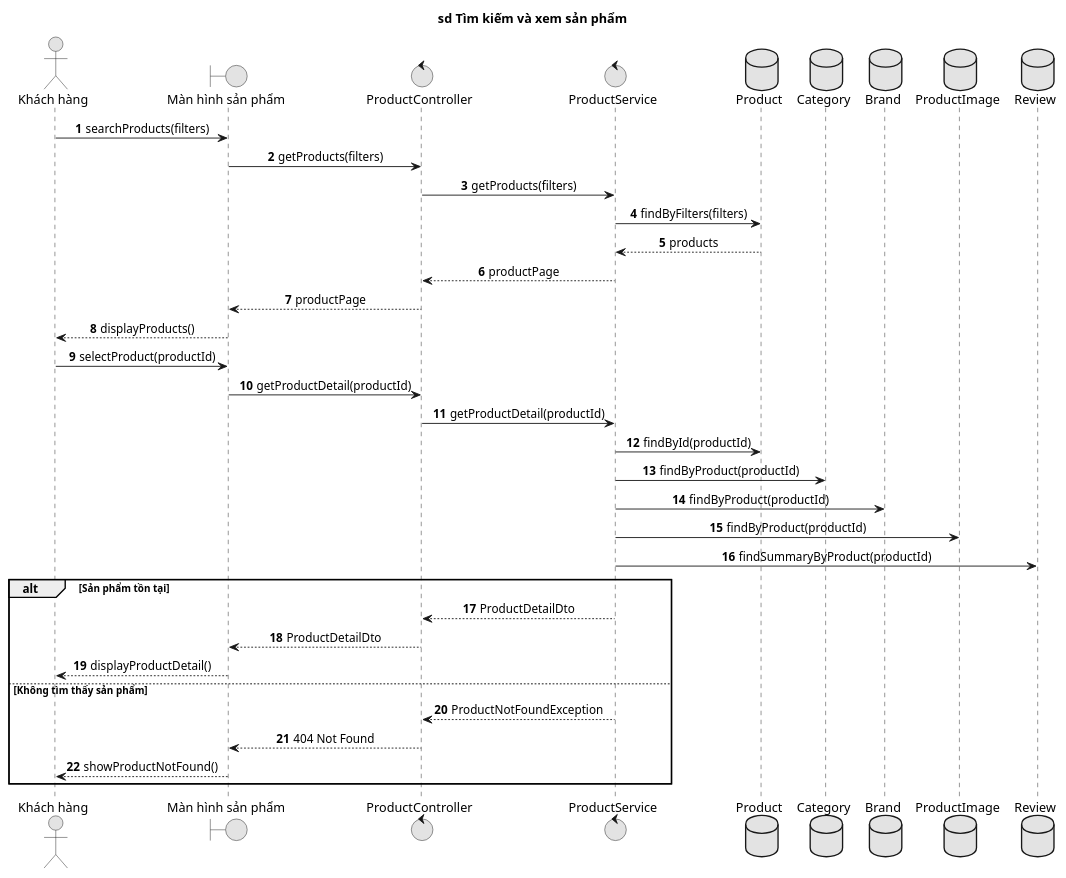
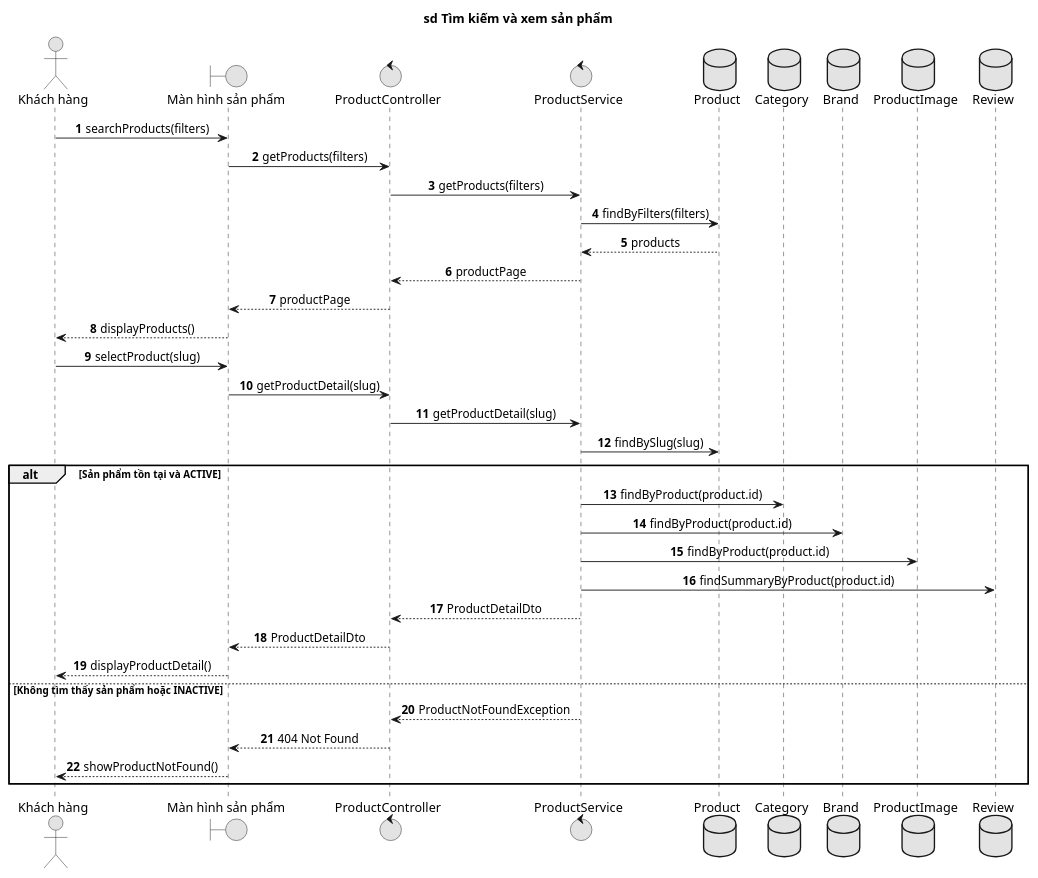
Before and after one commit to DuyPhan11/tech-store: the diagram in docs/diagrams/sequence/UC04-UC05-browse-product-details.puml, drawn with PlantUML. The commit also changed 22 other files, not shown here.

Commit message:
feat(products): implement product listing (#4)

```diff
--- a/docs/diagrams/sequence/UC04-UC05-browse-product-details.puml
+++ b/docs/diagrams/sequence/UC04-UC05-browse-product-details.puml
@@ -1,44 +1,44 @@
 @startuml
 title sd Tìm kiếm và xem sản phẩm
 autonumber
 skinparam monochrome true
 skinparam shadowing false
 skinparam sequenceMessageAlign center
 
 actor "Khách hàng" as Customer
 boundary "Màn hình sản phẩm" as Screen
 control "ProductController" as Controller
 control "ProductService" as Service
 database "Product" as Products
 database "Category" as Categories
 database "Brand" as Brands
 database "ProductImage" as Images
 database "Review" as Reviews
 
 Customer -> Screen: searchProducts(filters)
 Screen -> Controller: getProducts(filters)
 Controller -> Service: getProducts(filters)
 Service -> Products: findByFilters(filters)
 Products --> Service: products
 Service --> Controller: productPage
 Controller --> Screen: productPage
 Screen --> Customer: displayProducts()
 
-Customer -> Screen: selectProduct(productId)
-Screen -> Controller: getProductDetail(productId)
-Controller -> Service: getProductDetail(productId)
-Service -> Products: findById(productId)
-Service -> Categories: findByProduct(productId)
-Service -> Brands: findByProduct(productId)
-Service -> Images: findByProduct(productId)
-Service -> Reviews: findSummaryByProduct(productId)
-alt Sản phẩm tồn tại
+Customer -> Screen: selectProduct(slug)
+Screen -> Controller: getProductDetail(slug)
+Controller -> Service: getProductDetail(slug)
+Service -> Products: findBySlug(slug)
+alt Sản phẩm tồn tại và ACTIVE
+    Service -> Categories: findByProduct(product.id)
+    Service -> Brands: findByProduct(product.id)
+    Service -> Images: findByProduct(product.id)
+    Service -> Reviews: findSummaryByProduct(product.id)
     Service --> Controller: ProductDetailDto
     Controller --> Screen: ProductDetailDto
     Screen --> Customer: displayProductDetail()
-else Không tìm thấy sản phẩm
+else Không tìm thấy sản phẩm hoặc INACTIVE
     Service --> Controller: ProductNotFoundException
     Controller --> Screen: 404 Not Found
     Screen --> Customer: showProductNotFound()
 end
 @enduml
```
